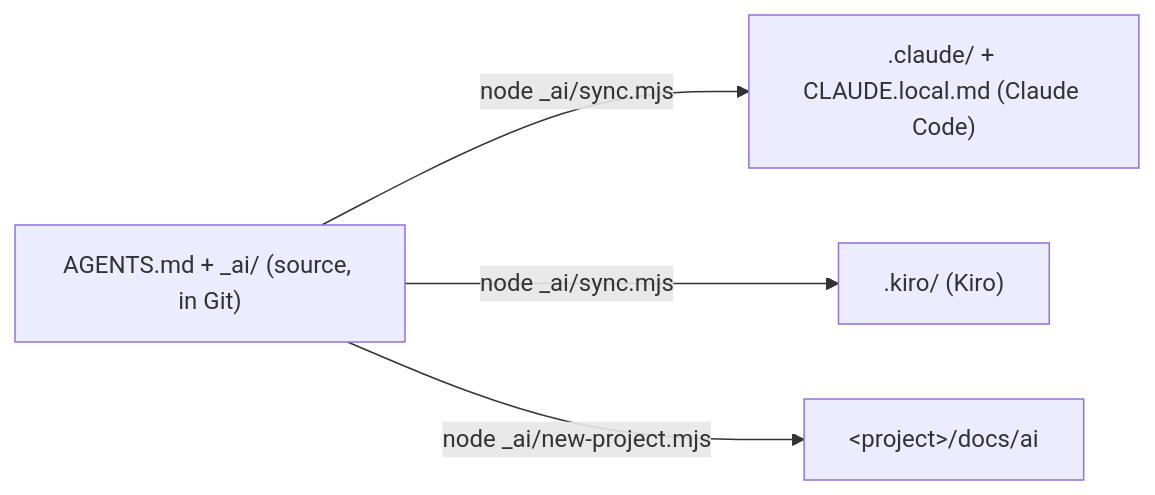
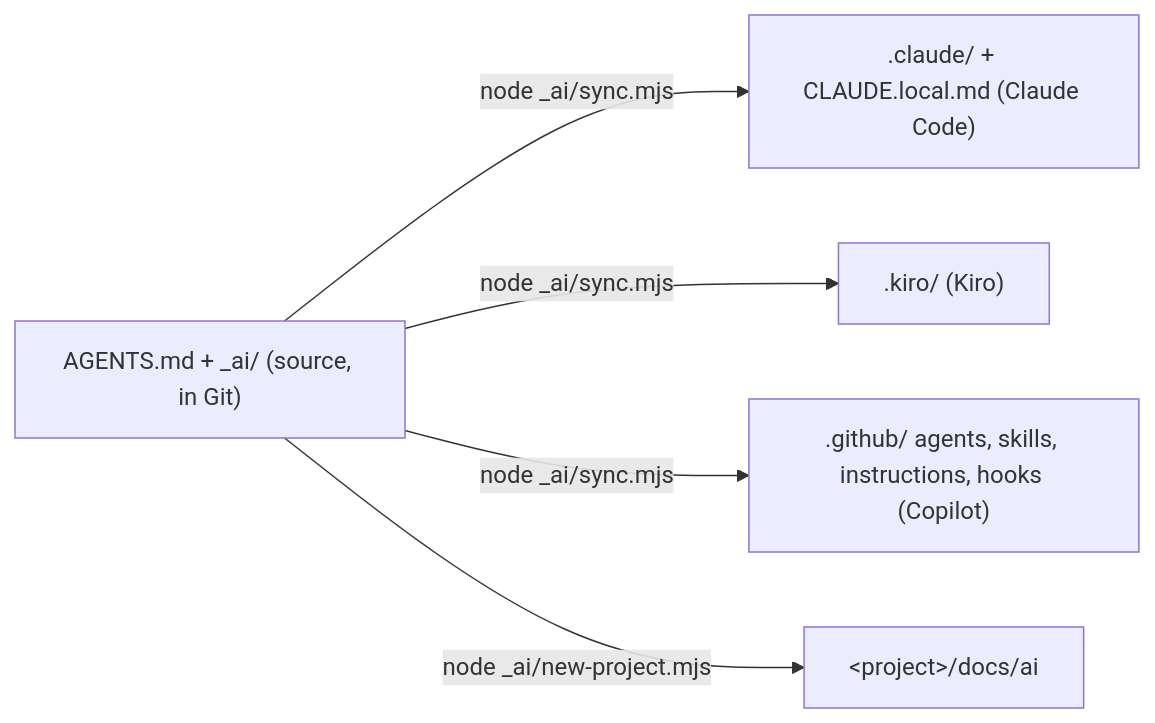
The diagram in README.md (GociuRadu/AI-Setup), drawn with Mermaid before and after one commit. The commit also changed other lines of this file and 12 other files, not shown here.

````diff
--- a/README.md
+++ b/README.md
@@ -5,6 +5,7 @@
 ```mermaid
 flowchart LR
   S["AGENTS.md + _ai/ (source, in Git)"] -->|node _ai/sync.mjs| C[".claude/ + CLAUDE.local.md (Claude Code)"]
   S -->|node _ai/sync.mjs| K[".kiro/ (Kiro)"]
+  S -->|node _ai/sync.mjs| G[".github/ agents, skills, instructions, hooks (Copilot)"]
   S -->|node _ai/new-project.mjs| P["&lt;project&gt;/docs/ai"]
 ```
````
